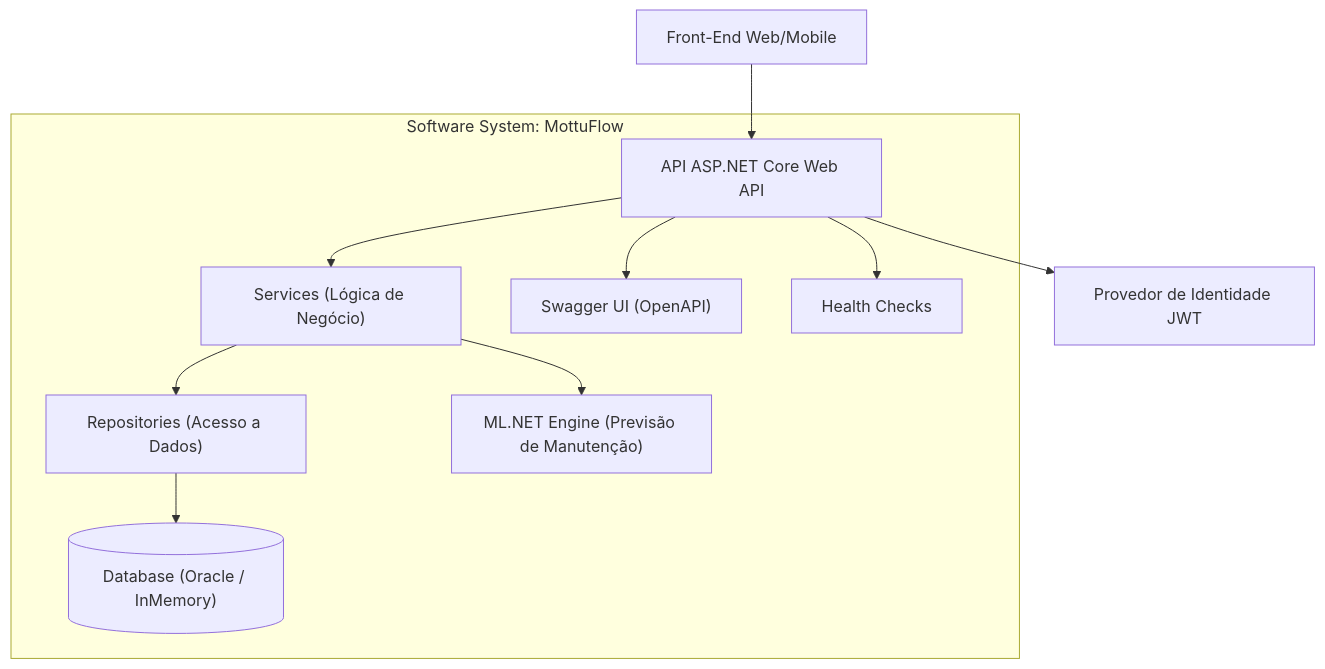
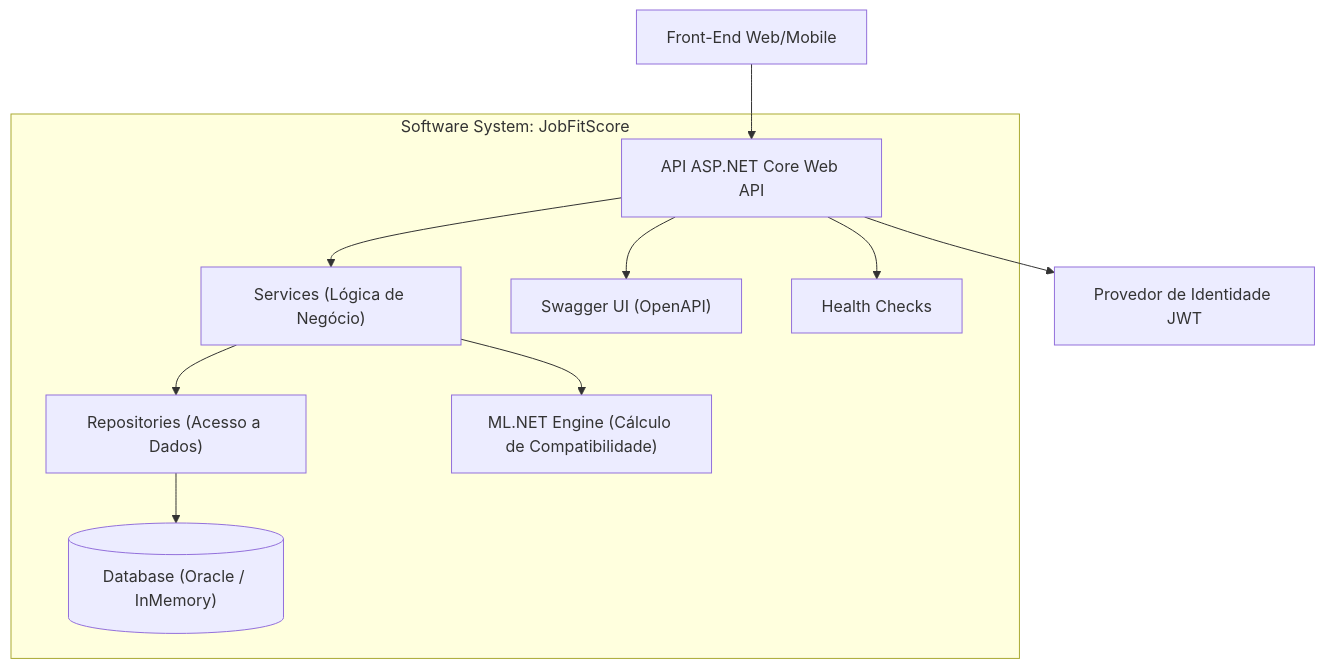
One commit to leomotalima/GS-JobFitScore-AdvancedBusiness changed the first of 2 diagrams in README.md. Above: the diagram before and after it, drawn with Mermaid. The commit also changed other lines of this file, not shown here.

````diff
--- a/README.md
+++ b/README.md
@@ -34,25 +35,25 @@
 ```mermaid
 graph TB
-    subgraph MottuFlow["Software System: MottuFlow"]
+    subgraph JobFitScore["Software System: JobFitScore"]
         api["API ASP.NET Core Web API"]
         service["Services (Lógica de Negócio)"]
         repo["Repositories (Acesso a Dados)"]
         db[("Database (Oracle / InMemory)")]
 
         swagger["Swagger UI (OpenAPI)"]
         health["Health Checks"]
-        ml["ML.NET Engine (Previsão de Manutenção)"]
+        ml["ML.NET Engine (Cálculo de Compatibilidade)"]
     end
 
     user["Front-End Web/Mobile"]
     idp["Provedor de Identidade JWT"]
 
     user --> api
     api --> service
     service --> repo
     repo --> db
     api --> swagger
     api --> health
     service --> ml
     api --> idp
 ```
````
